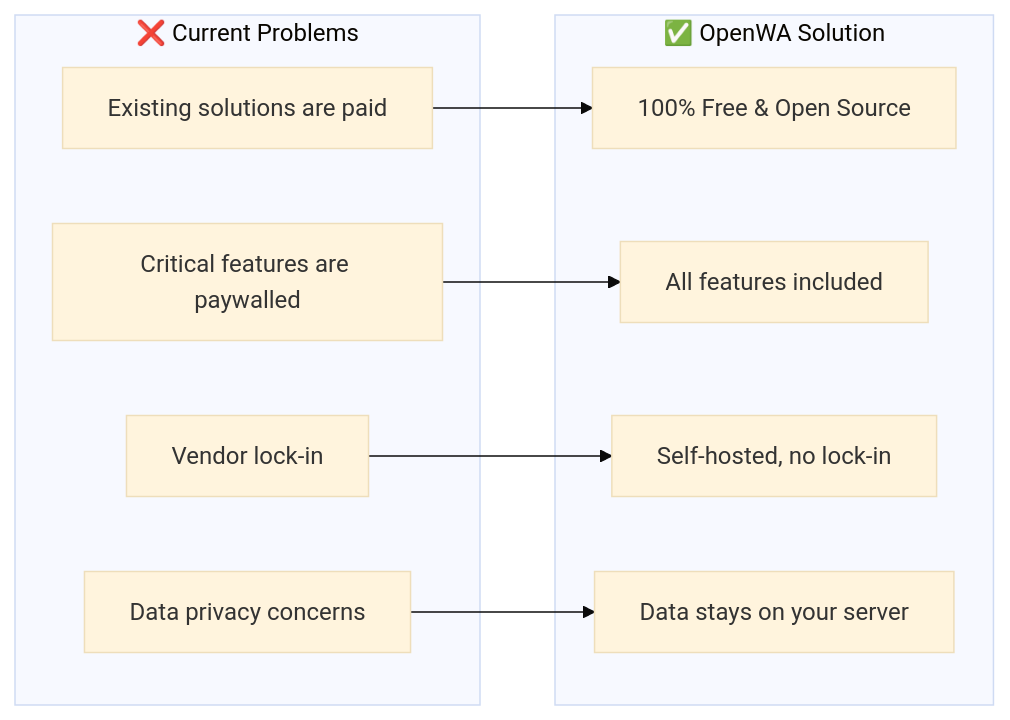
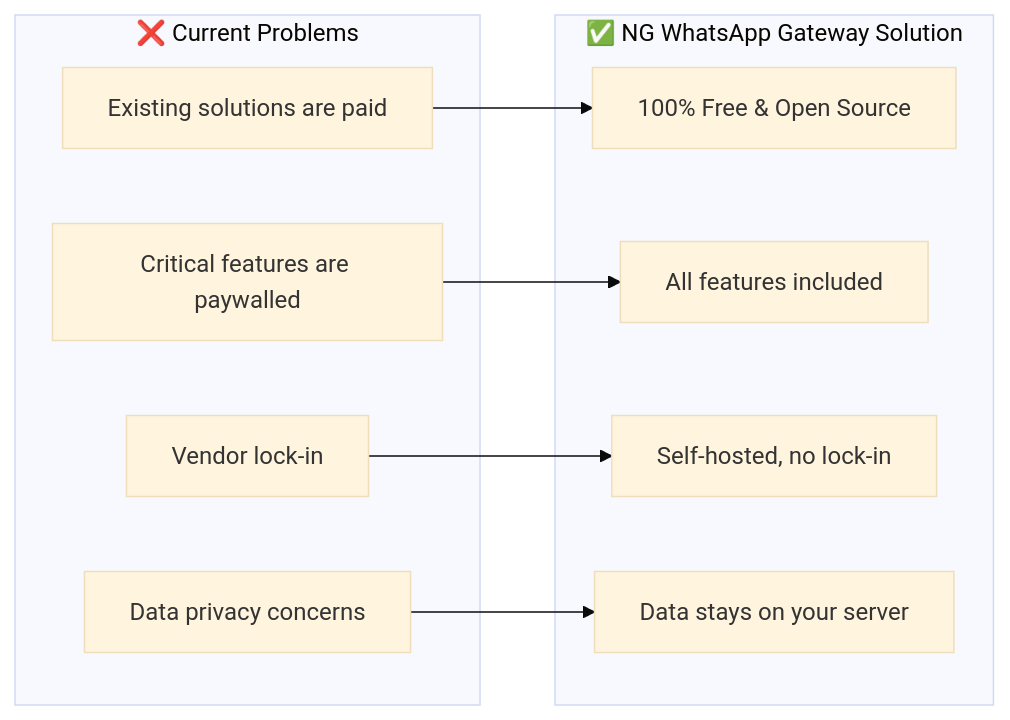
Before and after one commit to shyamgade0419/NGwhatsup: the first of 5 diagrams in docs/01-project-overview.md, drawn with Mermaid (base theme). The commit also changed other lines of this file and 149 other files, not shown here.

First line of the commit message:
Rebrand the gateway as NG WhatsApp Gateway by NovaGade

````diff
--- a/docs/01-project-overview.md
+++ b/docs/01-project-overview.md
@@ -36,21 +36,21 @@
 ```mermaid
 flowchart LR
     subgraph Problems["❌ Current Problems"]
         P1[Existing solutions are paid]
         P2[Critical features are paywalled]
         P3[Vendor lock-in]
         P4[Data privacy concerns]
     end
 
-    subgraph Solution["✅ OpenWA Solution"]
+    subgraph Solution["✅ NG WhatsApp Gateway Solution"]
         S1[100% Free & Open Source]
         S2[All features included]
         S3[Self-hosted, no lock-in]
         S4[Data stays on your server]
     end
 
     P1 --> S1
     P2 --> S2
     P3 --> S3
     P4 --> S4
 ```
````
